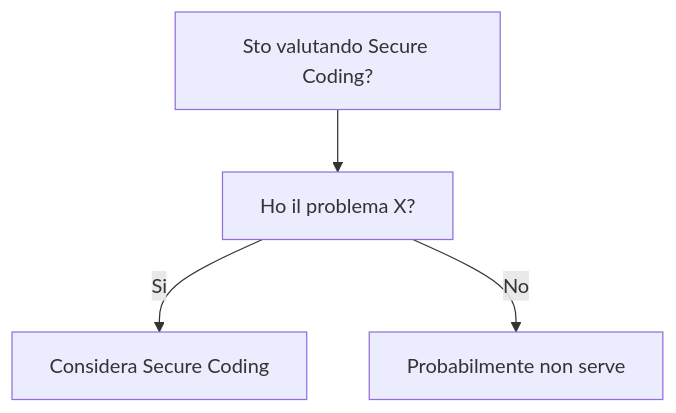
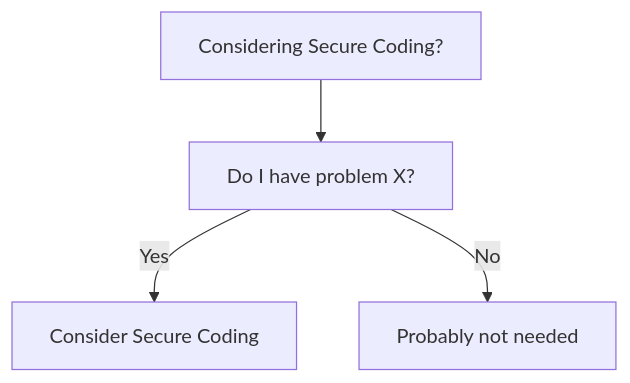
Before and after one commit to HxT9/Software-Dev-Wiki: the diagram in dev-wiki/08_Security/Secure_Coding/When_To_Use.md, drawn with Mermaid. The commit also changed other lines of this file and 3444 other files, not shown here.

````diff
--- a/dev-wiki/08_Security/Secure_Coding/When_To_Use.md
+++ b/dev-wiki/08_Security/Secure_Coding/When_To_Use.md
@@ -19,6 +19,6 @@
 ```mermaid
 flowchart TD
-  Q[Sto valutando Secure Coding?] --> Q1[Ho il problema X?]
-  Q1 -->|Si| OK[Considera Secure Coding]
-  Q1 -->|No| NO[Probabilmente non serve]
+  Q[Considering Secure Coding?] --> Q1[Do I have problem X?]
+  Q1 -->|Yes| OK[Consider Secure Coding]
+  Q1 -->|No| NO[Probably not needed]
 ```
````
